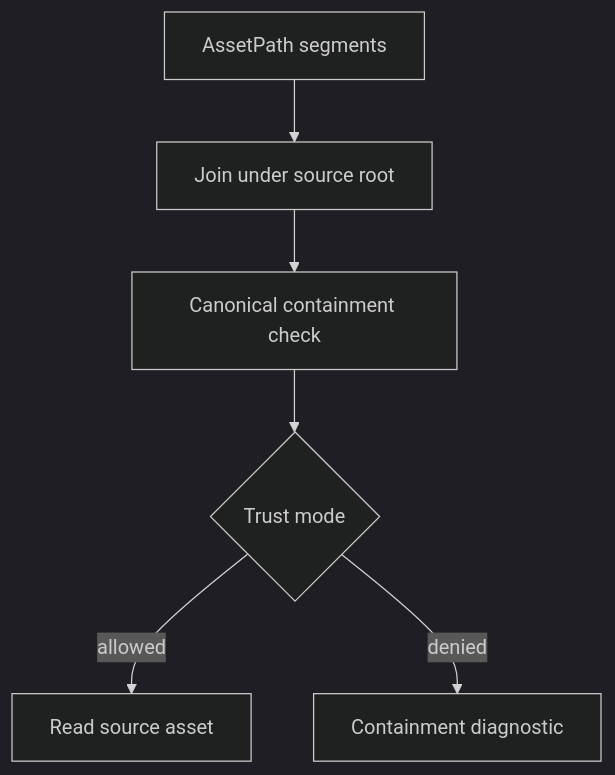
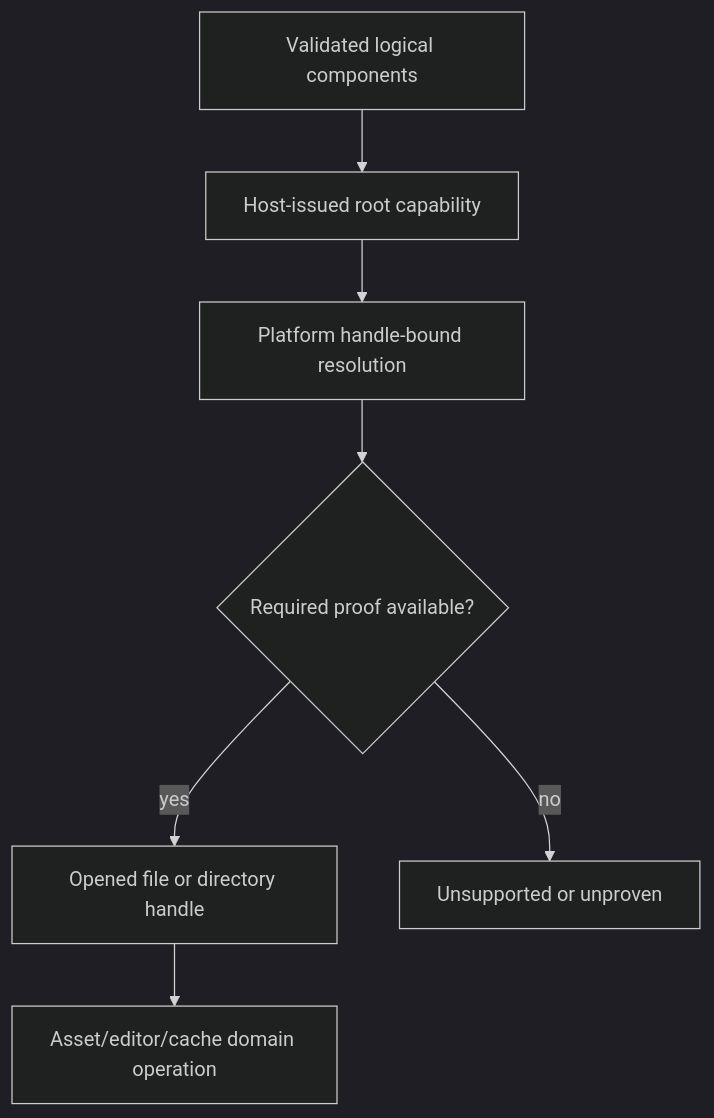
Before and after one commit to Latias94/nara: the diagram in docs/architecture/adr/0050-asset-root-symlink-junction-and-package-trust-policy.md, drawn with Mermaid (dark theme). The commit also changed other lines of this file and 51 other files, not shown here.

````diff
--- a/docs/architecture/adr/0050-asset-root-symlink-junction-and-package-trust-policy.md
+++ b/docs/architecture/adr/0050-asset-root-symlink-junction-and-package-trust-policy.md
@@ -18,8 +25,9 @@
 ```mermaid
 flowchart TD
-    Logical[AssetPath segments] --> Join[Join under source root]
-    Join --> Canon[Canonical containment check]
-    Canon --> Trust{Trust mode}
-    Trust -->|allowed| Read[Read source asset]
-    Trust -->|denied| Diag[Containment diagnostic]
+    Logical[Validated logical components] --> Root[Host-issued root capability]
+    Root --> Resolve[Platform handle-bound resolution]
+    Resolve --> Proof{Required proof available?}
+    Proof -->|yes| Handle[Opened file or directory handle]
+    Proof -->|no| Reject[Unsupported or unproven]
+    Handle --> Domain[Asset/editor/cache domain operation]
 ```
````
